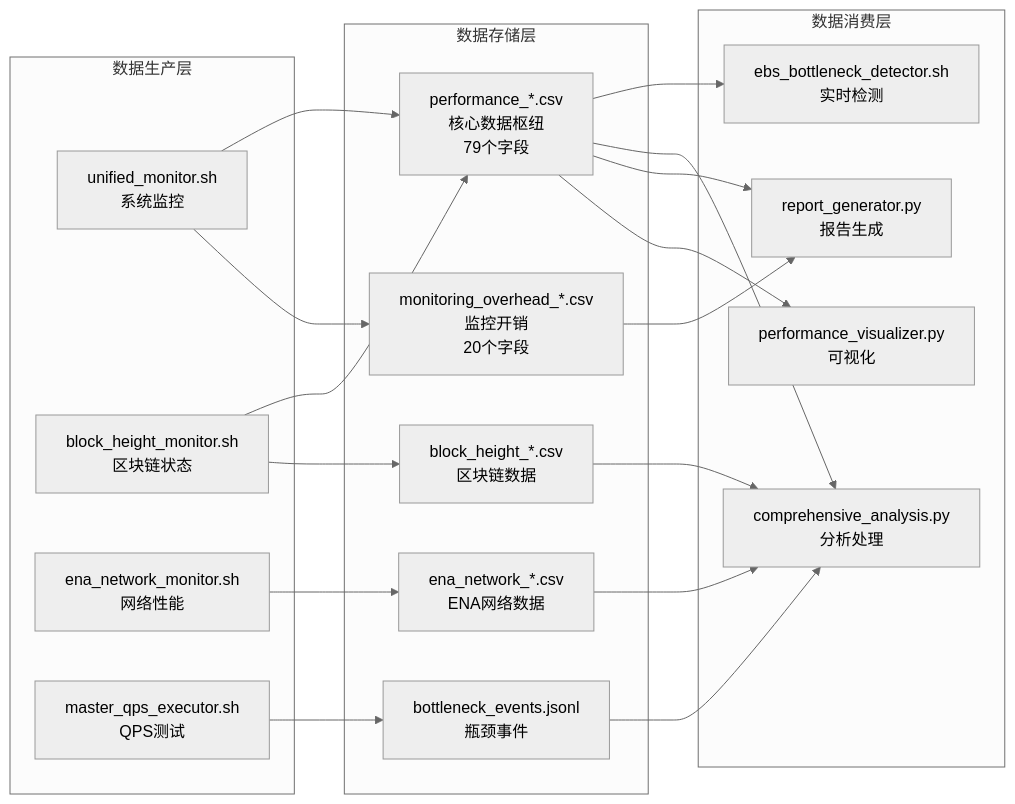
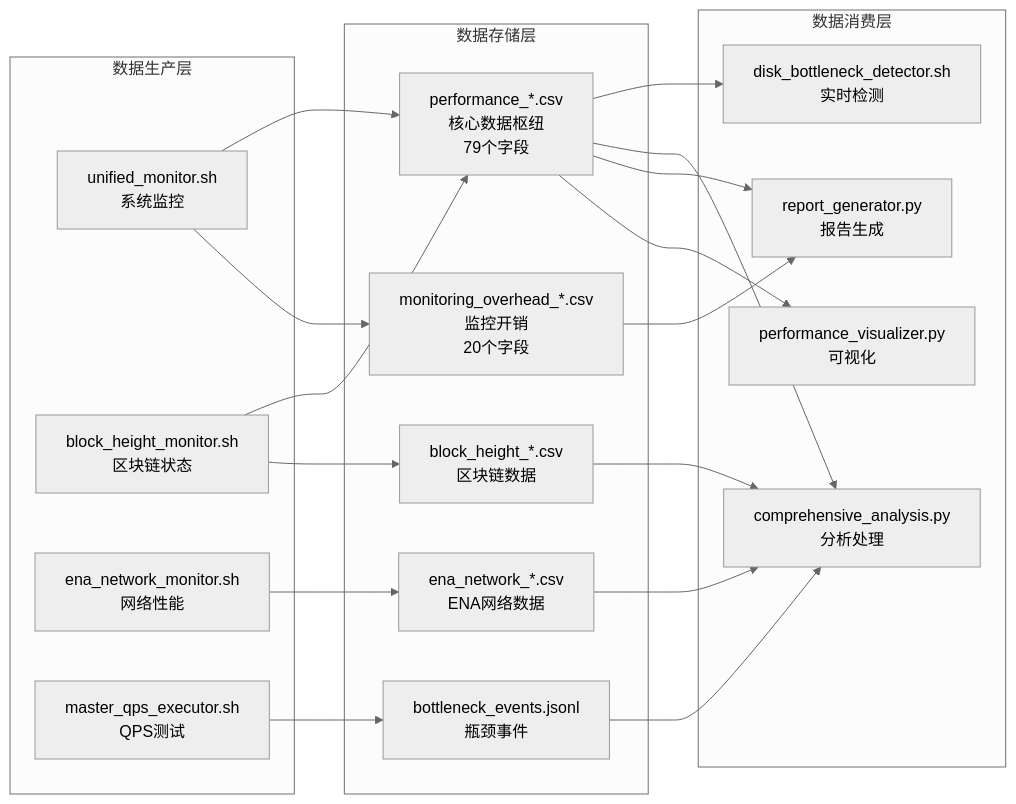
Before and after one commit to StayHungryStayFoolish/blockchain-node-benchmark: the second of 6 diagrams in docs/data-architecture-zh.md, drawn with Mermaid (neutral theme). The commit also changed other lines of this file and 77 other files, not shown here.

````diff
--- a/docs/data-architecture-zh.md
+++ b/docs/data-architecture-zh.md
@@ -41,40 +41,40 @@
 ```mermaid
 graph LR
     subgraph "数据生产层"
         A1[unified_monitor.sh<br/>系统监控]
         A2[block_height_monitor.sh<br/>区块链状态]
         A3[ena_network_monitor.sh<br/>网络性能]
         A4[master_qps_executor.sh<br/>QPS测试]
     end
     
     subgraph "数据存储层"
         B1[performance_*.csv<br/>核心数据枢纽<br/>79个字段]
         B2[monitoring_overhead_*.csv<br/>监控开销<br/>20个字段]
         B3[block_height_*.csv<br/>区块链数据]
         B4[ena_network_*.csv<br/>ENA网络数据]
         B5[bottleneck_events.jsonl<br/>瓶颈事件]
     end
     
     subgraph "数据消费层"
-        C1[ebs_bottleneck_detector.sh<br/>实时检测]
+        C1[disk_bottleneck_detector.sh<br/>实时检测]
         C2[comprehensive_analysis.py<br/>分析处理]
         C3[report_generator.py<br/>报告生成]
         C4[performance_visualizer.py<br/>可视化]
     end
     
     A1 --> B1
     A1 --> B2
     A2 --> B1
     A2 --> B3
     A3 --> B4
     A4 --> B5
     
     B1 --> C1
     B1 --> C2
     B1 --> C3
     B1 --> C4
     B2 --> C3
     B3 --> C2
     B4 --> C2
     B5 --> C2
 ```
````
